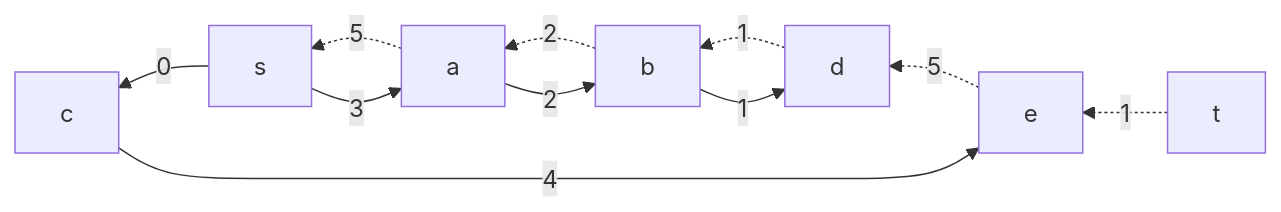
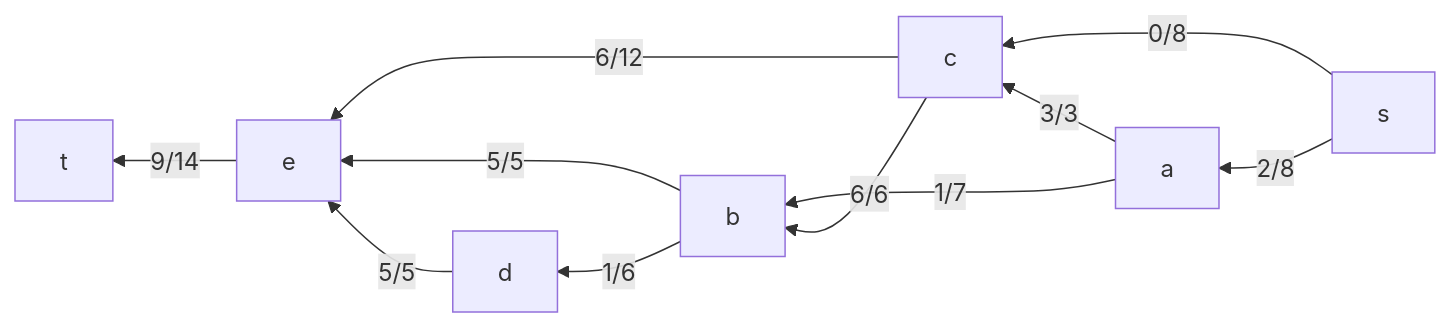
One commit to hse-algo-24-raven/manual-tasks-raven changed the fourth of 5 diagrams in task-10/minions.md. Above: the diagram before and after it, drawn with Mermaid. The commit also changed other lines of this file, not shown here.

````diff
--- a/task-10/minions.md
+++ b/task-10/minions.md
@@ -93,13 +87,14 @@
  ```mermaid
  graph RL
-    t-.->|1|e
-    e-.->|5|d
-    d-.->|1|b
-    b-.->|2|a
-    a-.->|5|s
-    s-->|3|a
-    a-->|2|b
-    b-->|1|d
-    s-->|0|c
-    c-->|4|e
+    s-->|2/8|a
+    s-->|0/8|c
+    a-->|1/7|b
+    a-->|3/3|c
+    c-->|6/12|e
+    c-->|6/6|b
+    b-->|1/6|d
+    b-->|5/5|e
+    d-->|5/5|e
+    e-->|9/14|t
+
  ```
````
